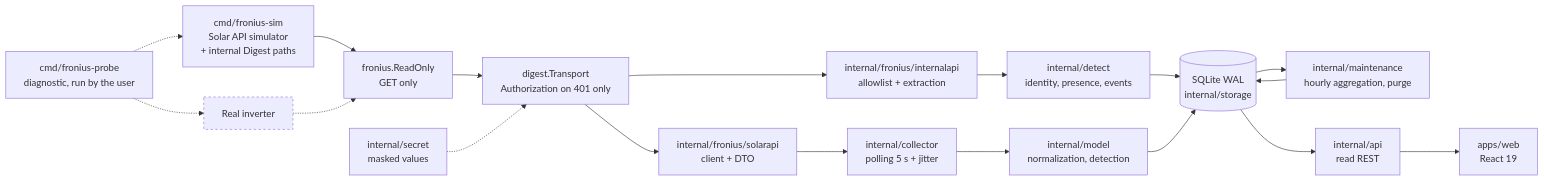
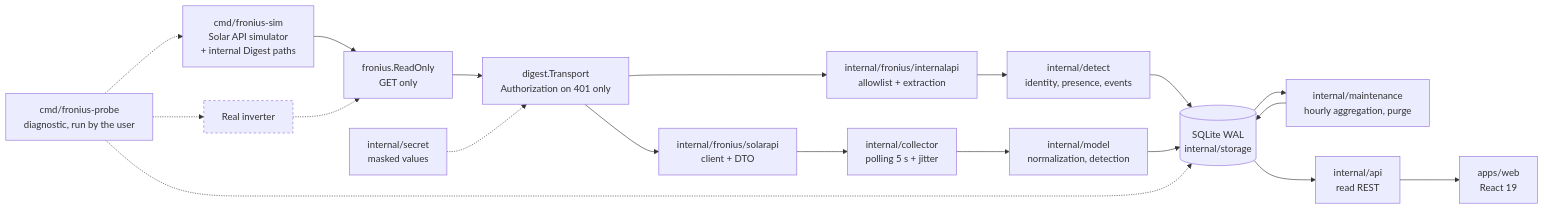
One commit to remylavergne/fronius-dashboard changed the diagram in docs/ARCHITECTURE.md. Above: the diagram before and after it, drawn with Mermaid. The commit also changed other lines of this file and 24 other files, not shown here.

````diff
--- a/docs/ARCHITECTURE.md
+++ b/docs/ARCHITECTURE.md
@@ -9,34 +9,35 @@
 ```mermaid
 flowchart LR
   SIM["cmd/fronius-sim<br/>Solar API simulator<br/>+ internal Digest paths"]
   INV["Real inverter"]:::futur
   RO["fronius.ReadOnly<br/>GET only"]
   DG["digest.Transport<br/>Authorization on 401 only"]
   SA["internal/fronius/solarapi<br/>client + DTO"]
   IA["internal/fronius/internalapi<br/>allowlist + extraction"]
   COL["internal/collector<br/>polling 5 s + jitter"]
   DET["internal/detect<br/>identity, presence, events"]
   MAINT["internal/maintenance<br/>hourly aggregation, purge"]
   MOD["internal/model<br/>normalization, detection"]
   SEC["internal/secret<br/>masked values"]
   DB[("SQLite WAL<br/>internal/storage")]
   API["internal/api<br/>read REST"]
   WEB["apps/web<br/>React 19"]
   PROBE["cmd/fronius-probe<br/>diagnostic, run by the user"]
 
   SIM --> RO
   INV -.-> RO
   RO --> DG
   DG --> SA --> COL
   DG --> IA --> DET
   DET --> DB
   COL --> MOD --> DB
   MAINT --> DB
   DB --> MAINT
   SEC -.-> DG
   PROBE -.-> SIM
   PROBE -.-> INV
+  PROBE -.-> DB
   DB --> API --> WEB
 
   classDef futur stroke-dasharray: 4 4
 ```
````
